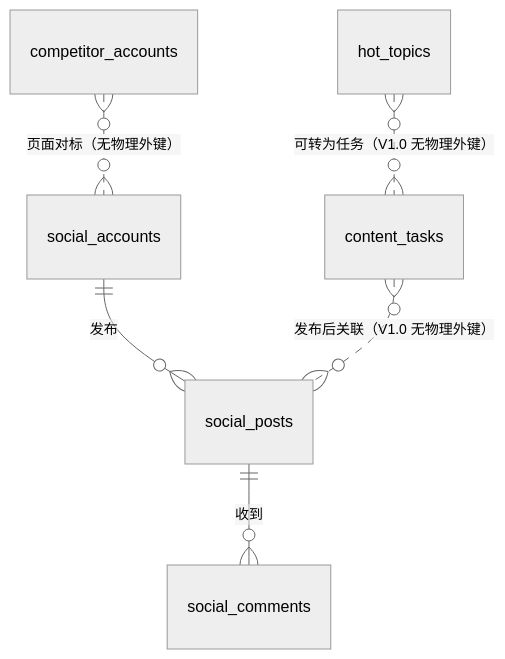
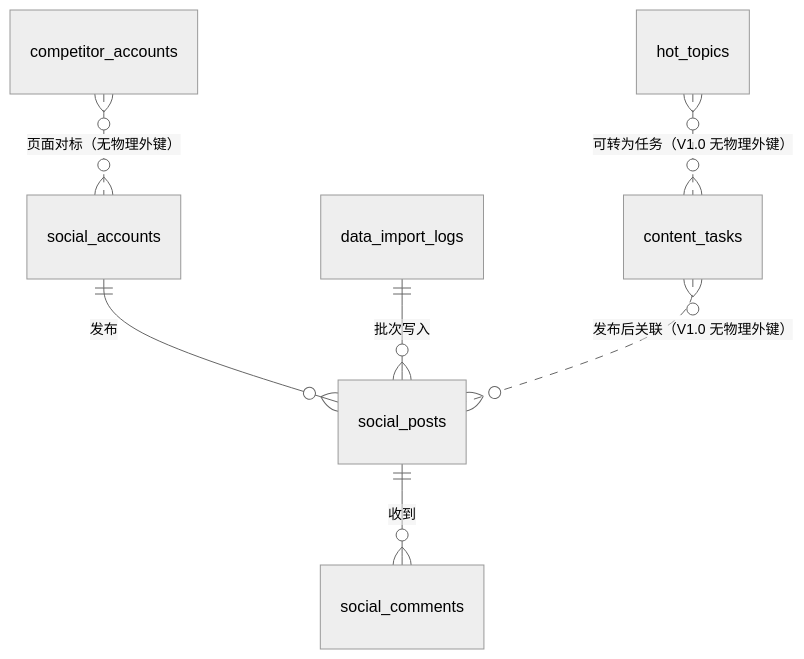
One commit to 19990275025-lab/-dushanzi-social-center changed the diagram in docs/social-media-database-v1.md. Above: the diagram before and after it, drawn with Mermaid (neutral theme). The commit also changed other lines of this file and 20 other files, not shown here.

````diff
--- a/docs/social-media-database-v1.md
+++ b/docs/social-media-database-v1.md
@@ -167,8 +185,9 @@
 ```mermaid
 erDiagram
     social_accounts ||--o{ social_posts : "发布"
     social_posts ||--o{ social_comments : "收到"
+    data_import_logs ||--o{ social_posts : "批次写入"
     competitor_accounts }o..o{ social_accounts : "页面对标（无物理外键）"
     hot_topics }o..o{ content_tasks : "可转为任务（V1.0 无物理外键）"
     content_tasks }o..o{ social_posts : "发布后关联（V1.0 无物理外键）"
 ```
````
